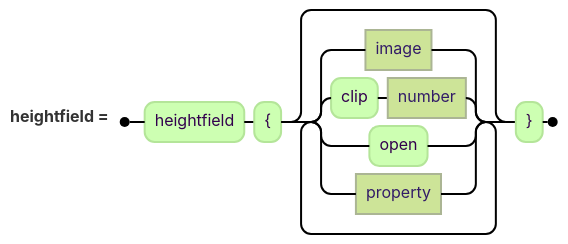
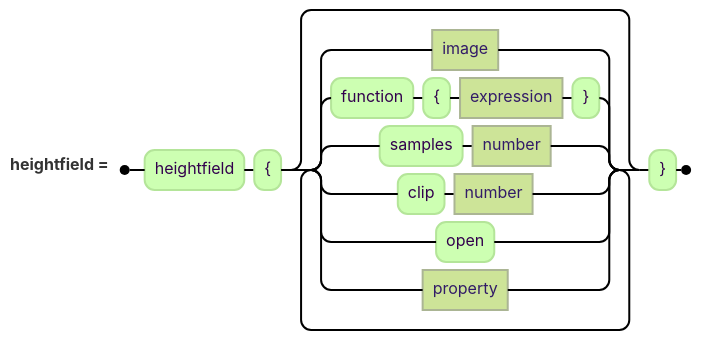
Before and after one commit to jskress/RayTracer: the diagram in docs/diagrams/advanced/heightFieldClause.mmd, drawn with Mermaid (forest theme). The commit also changed 16 other files, not shown here.

```diff
--- a/docs/diagrams/advanced/heightFieldClause.mmd
+++ b/docs/diagrams/advanced/heightFieldClause.mmd
@@ -1,4 +1,5 @@
 railroad-ebnf-beta
 title "A height field"
 
-heightfield = "heightfield" "{" { image | "clip" number | "open" | property } "}" ;
+heightfield = "heightfield" "{" { image | "function" "{" expression "}" | "samples" number
+            | "clip" number | "open" | property } "}" ;
```
